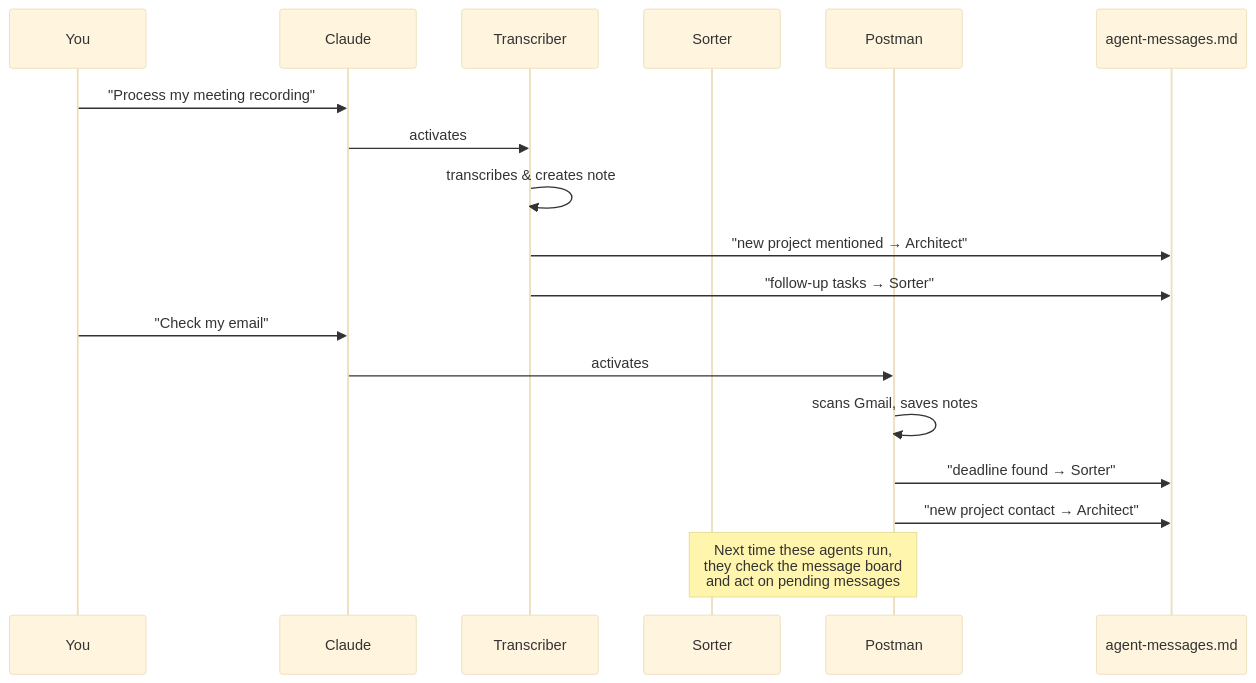
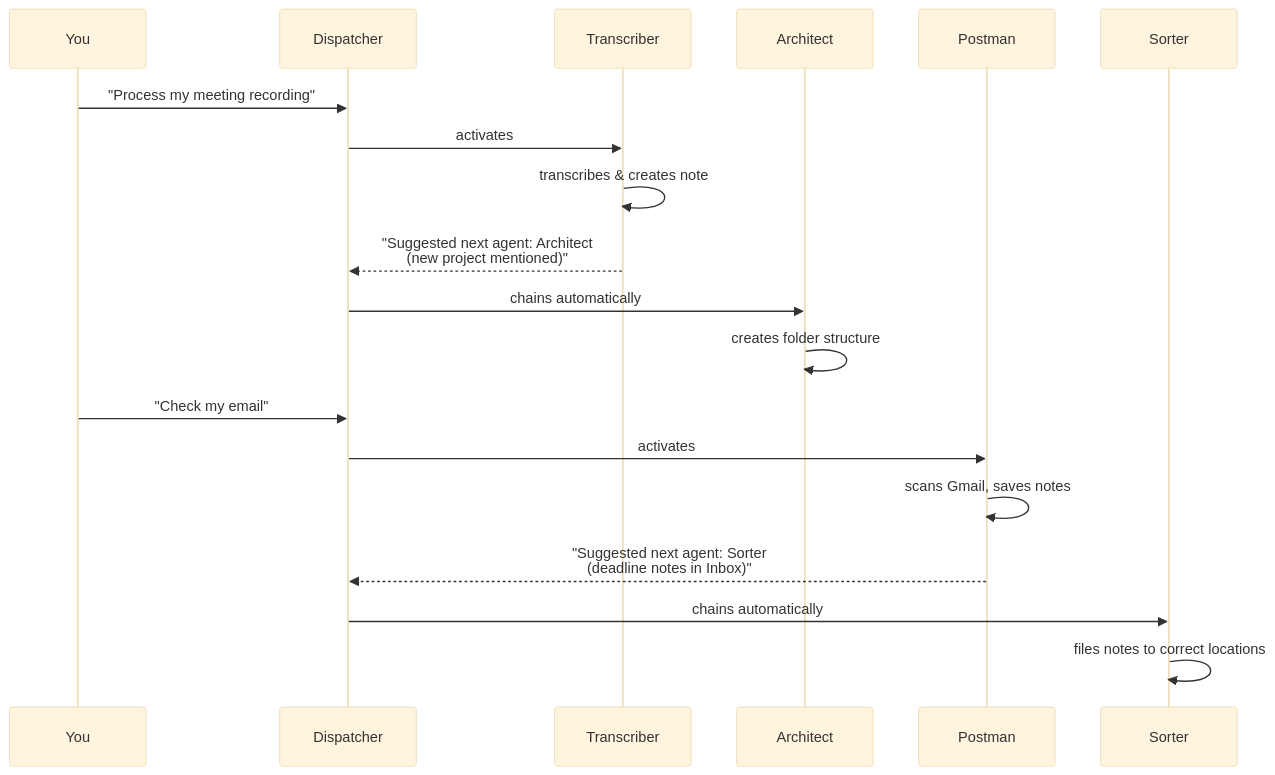
The second of 2 diagrams in README.md (Aditigoyal2496/brain-rescue-crew), drawn with Mermaid (base theme) before and after one commit. The commit also changed other lines of this file and 1 other file, not shown here.

First line of the commit message:
Update README and CONTRIBUTING for the new architecture

````diff
--- a/README.md
+++ b/README.md
@@ -150,23 +147,23 @@
 ```mermaid
 sequenceDiagram
     participant U as You
-    participant C as Claude
+    participant D as Dispatcher
     participant T as Transcriber
+    participant A as Architect
+    participant P as Postman
     participant S as Sorter
-    participant P as Postman
-    participant MB as agent-messages.md
 
-    U->>C: "Process my meeting recording"
-    C->>T: activates
+    U->>D: "Process my meeting recording"
+    D->>T: activates
     T->>T: transcribes & creates note
-    T->>MB: "new project mentioned → Architect"
-    T->>MB: "follow-up tasks → Sorter"
+    T-->>D: "Suggested next agent: Architect<br/>(new project mentioned)"
+    D->>A: chains automatically
+    A->>A: creates folder structure
 
-    U->>C: "Check my email"
-    C->>P: activates
+    U->>D: "Check my email"
+    D->>P: activates
     P->>P: scans Gmail, saves notes
-    P->>MB: "deadline found → Sorter"
-    P->>MB: "new project contact → Architect"
-
-    Note over S,P: Next time these agents run,<br/>they check the message board<br/>and act on pending messages
+    P-->>D: "Suggested next agent: Sorter<br/>(deadline notes in Inbox)"
+    D->>S: chains automatically
+    S->>S: files notes to correct locations
 ```
````
